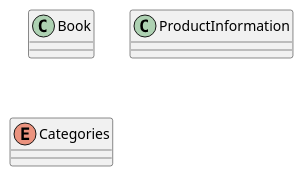
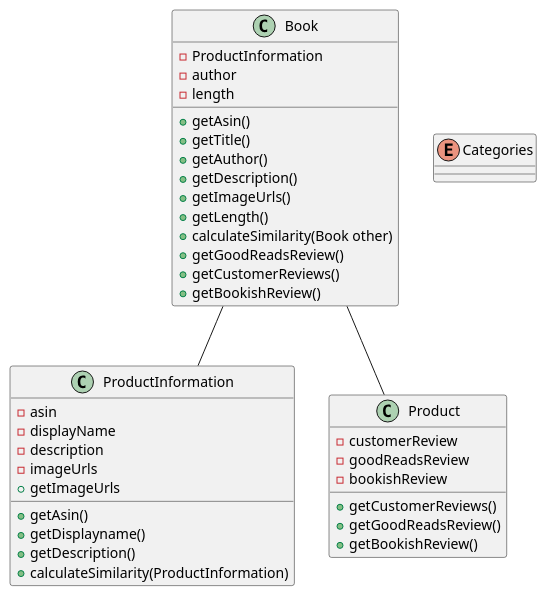
The diagram in GroupWork/RetailBook/src/main/java/com/kenzie/book/groupwork_retailbook_diagram.puml (Kyle-Gortych-Kenzie-Group-Work-T2/Week6GroupWork), drawn with PlantUML before and after one commit. The commit also changed 2 other files, not shown here.

```diff
--- a/GroupWork/RetailBook/src/main/java/com/kenzie/book/groupwork_retailbook_diagram.puml
+++ b/GroupWork/RetailBook/src/main/java/com/kenzie/book/groupwork_retailbook_diagram.puml
@@ -1,16 +1,50 @@
 @startuml
 'https://plantuml.com/class-diagram
 
 /' Fill out your book retail system design by
 adding classes, relationships, and methods
 '/
 
 
-class Book
-class ProductInformation
+class Book{
+-ProductInformation
+-author
+-length
++getAsin()
++getTitle()
++getAuthor()
++getDescription()
++getImageUrls()
++getLength()
++calculateSimilarity(Book other)
++getGoodReadsReview()
++getCustomerReviews()
++getBookishReview()
+}
+class ProductInformation{
+-asin
+-displayName
+-description
+-imageUrls
++getAsin()
++getDisplayname()
++getDescription()
++getImageUrls
++calculateSimilarity(ProductInformation)
+}
+
+class Product{
+-customerReview
+-goodReadsReview
+-bookishReview
++getCustomerReviews()
++getGoodReadsReview()
++getBookishReview()
+}
 
 enum Categories {
 
 }
-
+Book -- ProductInformation
+Book -- Product
 @enduml
```
